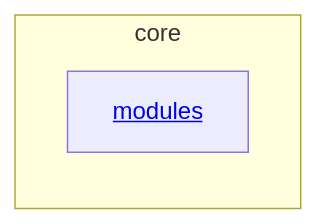
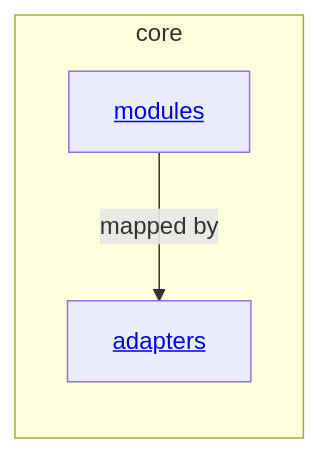
Before and after one commit to abstract-business-systems/as-is: the diagram in core/as-is.md, drawn with Mermaid. The commit also changed other lines of this file and 48 other files, not shown here.

````diff
--- a/core/as-is.md
+++ b/core/as-is.md
@@ -19,7 +20,9 @@
 ```mermaid
 flowchart TB
     subgraph Core["core"]
         direction TB
         Modules["<a href='./modules/as-is.md#design'>modules</a>"]
+        Adapters["<a href='./adapters/as-is.md#design'>adapters</a>"]
+        Modules -->|mapped by| Adapters
     end
 ```
````
